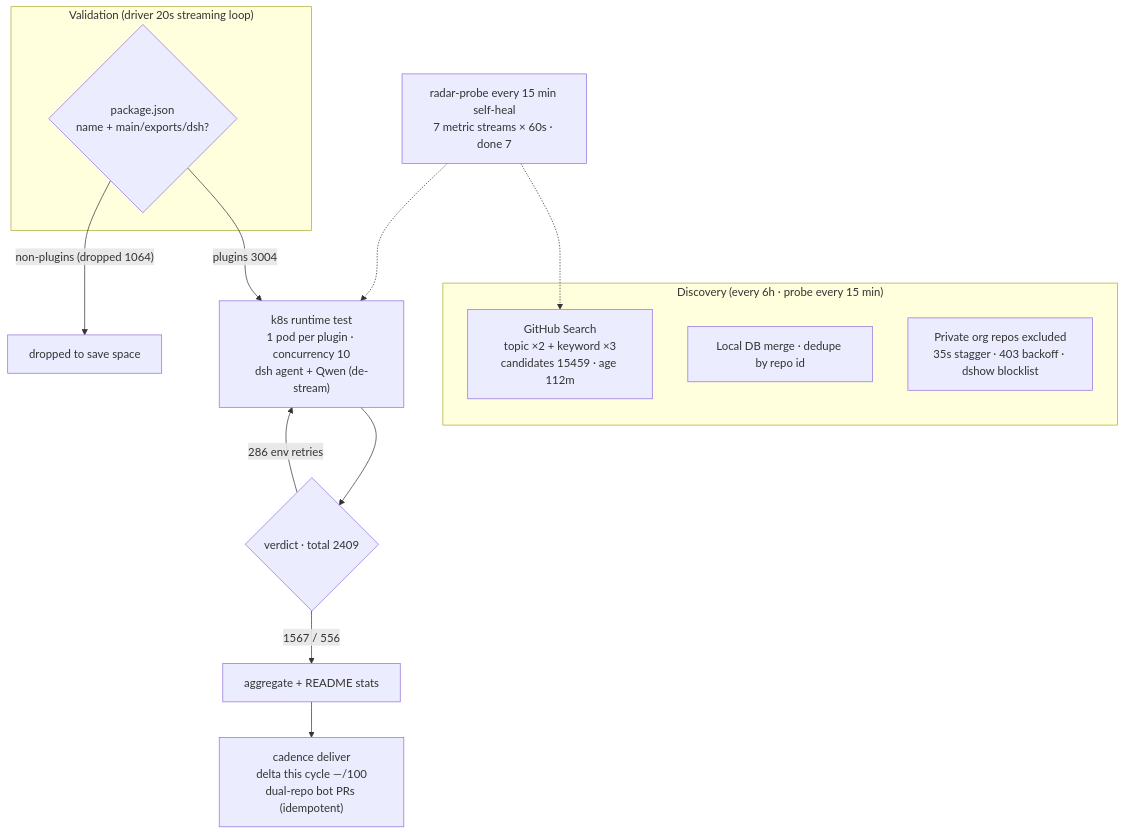
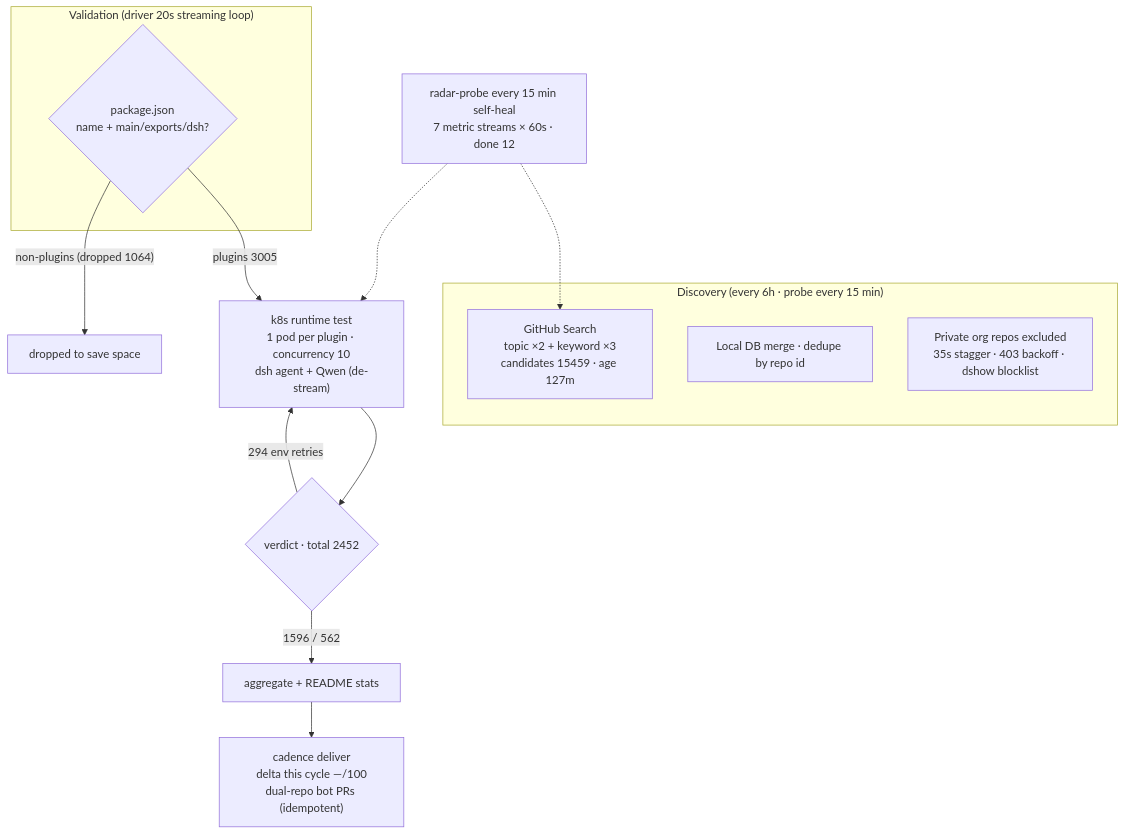
One commit to AdamPlatin123/awesome-dsh-plugins changed the diagram in README.en-US.md. Above: the diagram before and after it, drawn with Mermaid. The commit also changed other lines of this file and 5 other files, not shown here.

````diff
--- a/README.en-US.md
+++ b/README.en-US.md
@@ -30,20 +30,20 @@
 ```mermaid
 flowchart TB
     subgraph Discovery["Discovery (every 6h · probe every 15 min)"]
-        A1["GitHub Search<br/>topic ×2 + keyword ×3<br/>candidates 15459 · age 112m"]
+        A1["GitHub Search<br/>topic ×2 + keyword ×3<br/>candidates 15459 · age 127m"]
         A2["Local DB merge · dedupe by repo id"]
         A3["Private org repos excluded<br/>35s stagger · 403 backoff · dshow blocklist"]
     end
     subgraph Validation["Validation (driver 20s streaming loop)"]
         B1{"package.json<br/>name + main/exports/dsh?"}
     end
-    B1 -->|"plugins 3004"| C1["k8s runtime test<br/>1 pod per plugin · concurrency 10<br/>dsh agent + Qwen (de-stream)"]
+    B1 -->|"plugins 3005"| C1["k8s runtime test<br/>1 pod per plugin · concurrency 10<br/>dsh agent + Qwen (de-stream)"]
     B1 -->|"non-plugins (dropped 1064)"| B3["dropped to save space"]
-    C1 --> D1{"verdict · total 2409"}
-    D1 -->|"1567 / 556"| E1["aggregate + README stats"]
-    D1 -->|"286 env retries"| C1
+    C1 --> D1{"verdict · total 2452"}
+    D1 -->|"1596 / 562"| E1["aggregate + README stats"]
+    D1 -->|"294 env retries"| C1
     E1 --> E2["cadence deliver<br/>delta this cycle —/100<br/>dual-repo bot PRs (idempotent)"]
-    M["radar-probe every 15 min self-heal<br/>7 metric streams × 60s · done 7"]
+    M["radar-probe every 15 min self-heal<br/>7 metric streams × 60s · done 12"]
     M -.-> A1
     M -.-> C1
 ```
````
